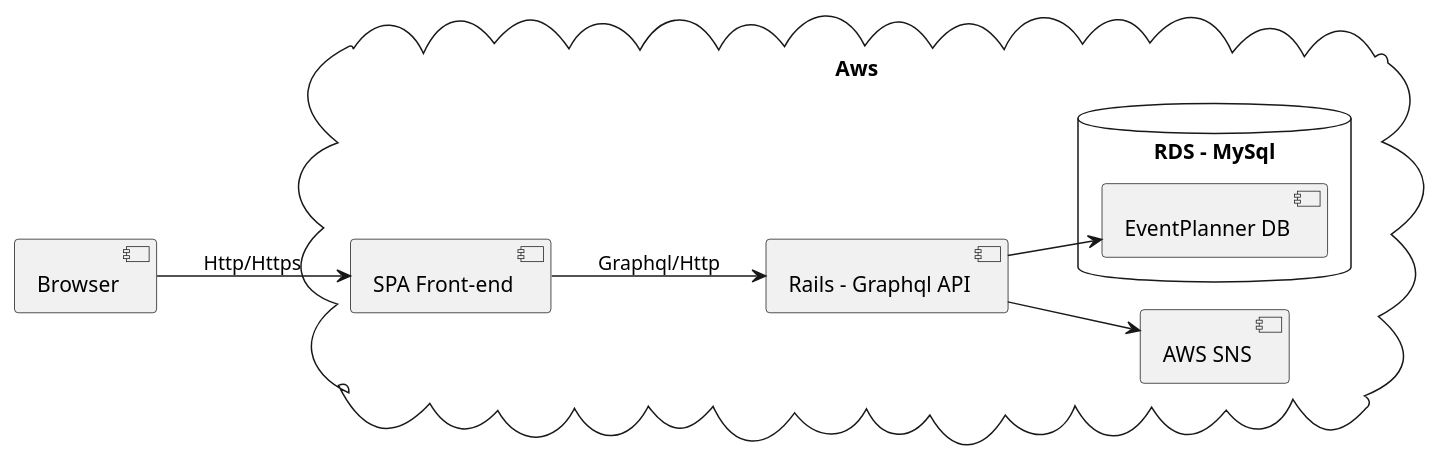
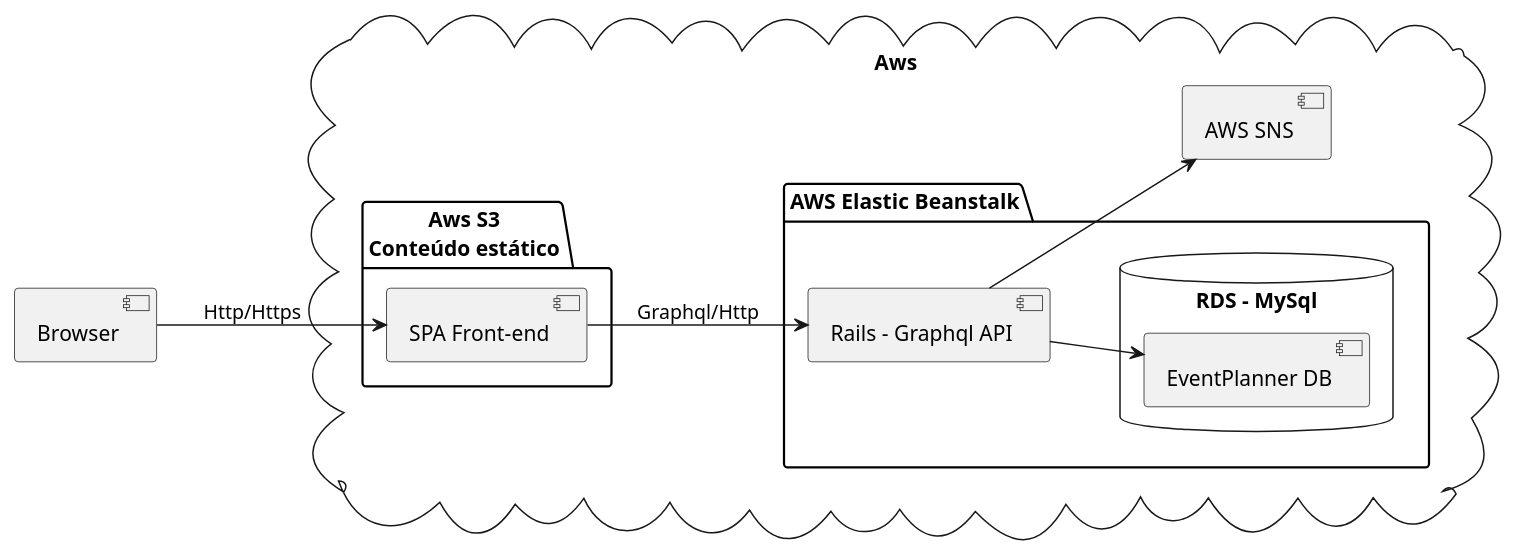
One commit to raphaelfeitoza/software-engineering-postgraduate changed the diagram in technical-report/diagrams/components.puml. Above: the diagram before and after it, drawn with PlantUML. The commit also changed 1 other file, not shown here.

```diff
--- a/technical-report/diagrams/components.puml
+++ b/technical-report/diagrams/components.puml
@@ -1,22 +1,26 @@
 @startuml
 left to right direction
 
 [Browser]
 cloud "Aws" {
 
-    [SPA Front-end]
-
-    [Rails - Graphql API]
-
-    database "RDS - MySql" {
-        [EventPlanner DB]
+    package "Aws S3\nConteúdo estático" {
+        [SPA Front-end]
     }
 
+    package "AWS Elastic Beanstalk"{
+        [Rails - Graphql API]
+     
+        database "RDS - MySql" {
+            [EventPlanner DB]
+        }
+    }
+    
     [AWS SNS]
 }
 
 [Browser] --> [SPA Front-end] :Http/Https
 [SPA Front-end] --> [Rails - Graphql API] : Graphql/Http
 [Rails - Graphql API] --> [EventPlanner DB]
 [Rails - Graphql API] -->  [AWS SNS]
 @enduml
```
